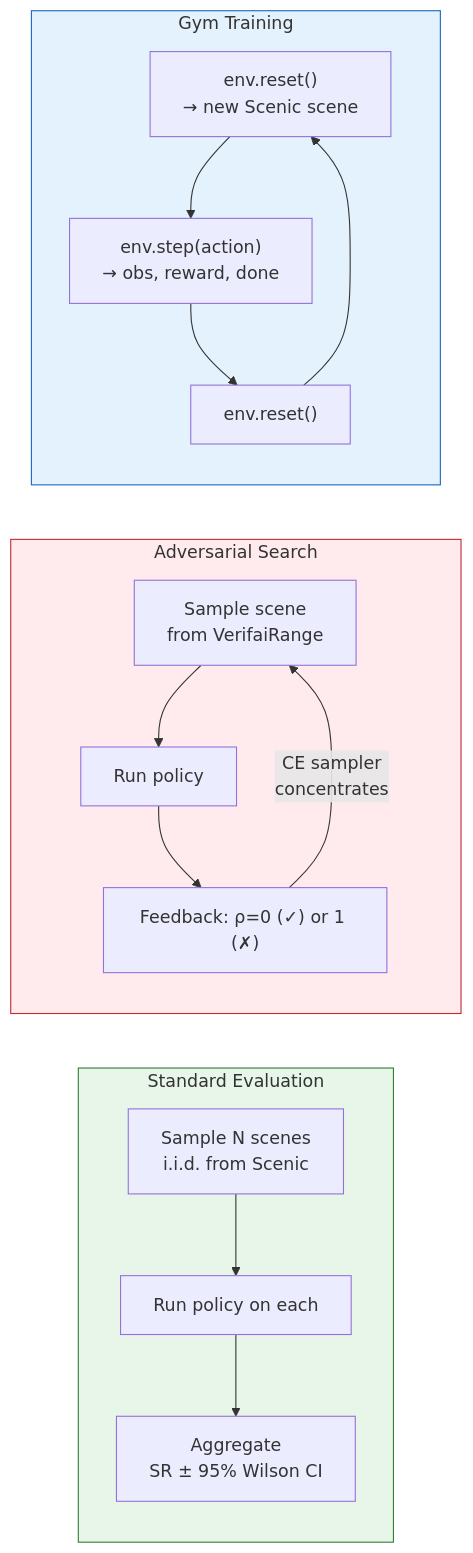
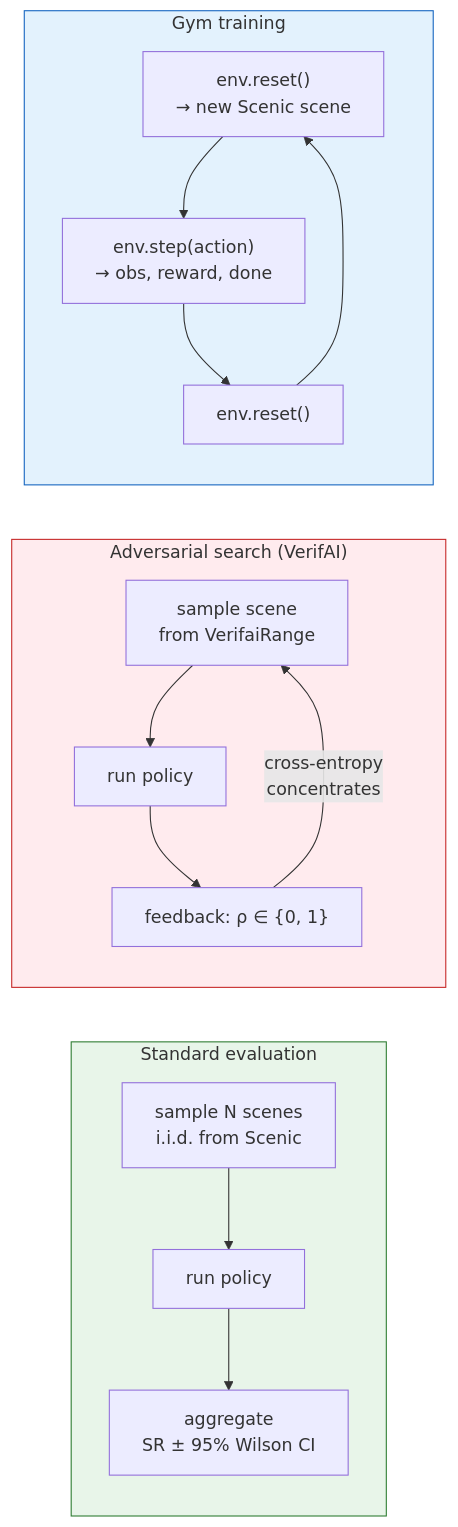
One commit to KE7/libero-infinity changed the third of 3 diagrams in assets/architecture_diagram.md. Above: the diagram before and after it, drawn with Mermaid. The commit also changed other lines of this file and 4 other files, not shown here.

````diff
--- a/assets/architecture_diagram.md
+++ b/assets/architecture_diagram.md
@@ -114,20 +123,20 @@
 ```mermaid
 flowchart LR
-    subgraph Standard["Standard Evaluation"]
-        S1["Sample N scenes<br/>i.i.d. from Scenic"] --> S2["Run policy on each"] --> S3["Aggregate<br/>SR ± 95% Wilson CI"]
+    subgraph Standard["Standard evaluation"]
+        S1["sample N scenes<br/>i.i.d. from Scenic"] --> S2["run policy"] --> S3["aggregate<br/>SR ± 95% Wilson CI"]
     end
 
-    subgraph Adversarial["Adversarial Search"]
-        A1["Sample scene<br/>from VerifaiRange"] --> A2["Run policy"] --> A3["Feedback: ρ=0 (✓) or 1 (✗)"]
-        A3 -->|"CE sampler<br/>concentrates"| A1
+    subgraph Adversarial["Adversarial search (VerifAI)"]
+        A1["sample scene<br/>from VerifaiRange"] --> A2["run policy"] --> A3["feedback: ρ ∈ {0, 1}"]
+        A3 -->|"cross-entropy<br/>concentrates"| A1
     end
 
-    subgraph GymMode["Gym Training"]
+    subgraph GymMode["Gym training"]
         G1["env.reset()<br/>→ new Scenic scene"] --> G2["env.step(action)<br/>→ obs, reward, done"] --> G3["env.reset()"]
         G3 --> G1
     end
 
     style Standard fill:#E8F5E9,stroke:#2E7D32
     style Adversarial fill:#FFEBEE,stroke:#C62828
     style GymMode fill:#E3F2FD,stroke:#1565C0
 ```
````
